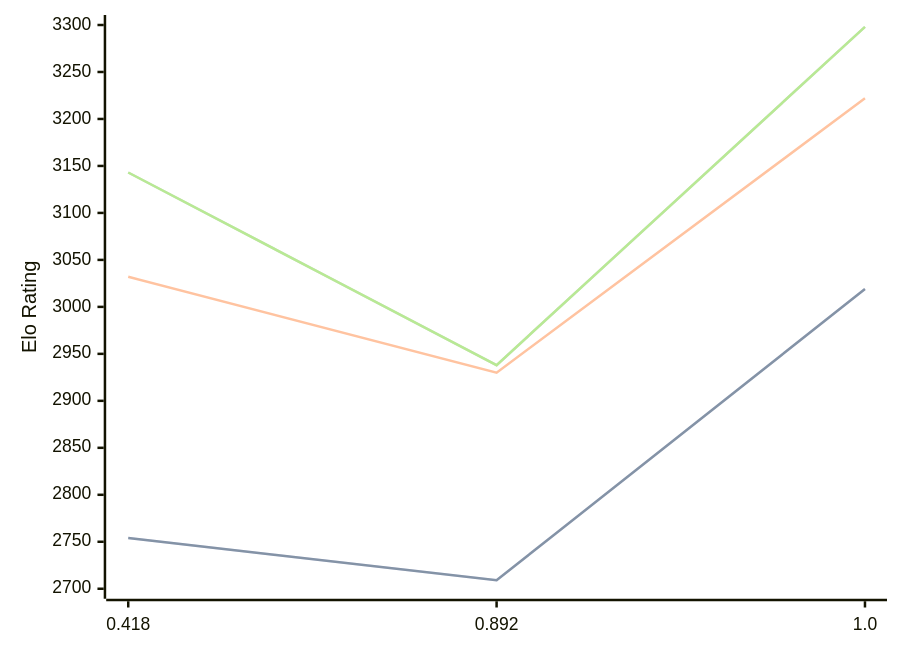
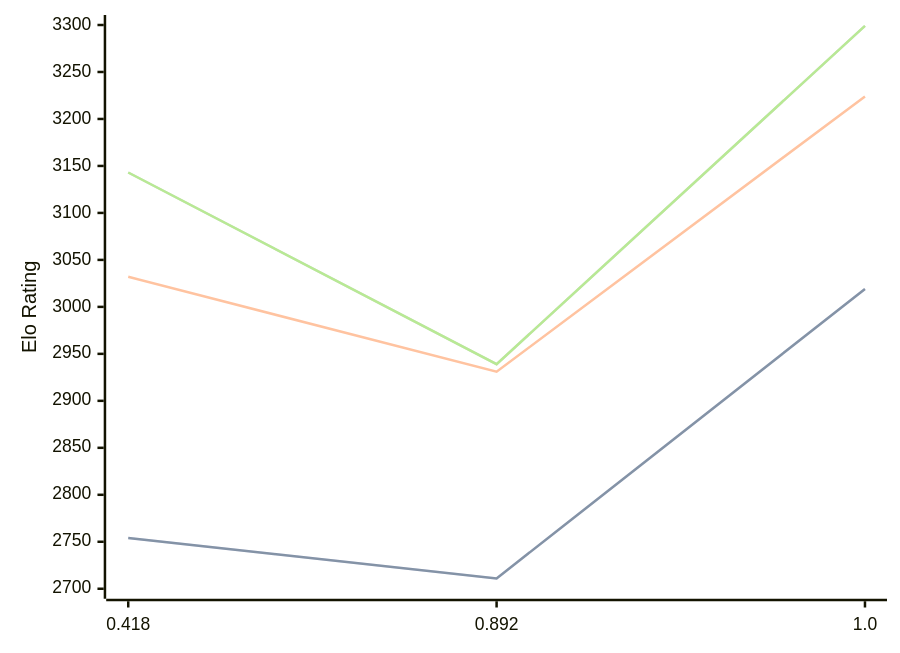
Before and after one commit to computer-chess-index/cci: the diagram in engines/Malika.md, drawn with Mermaid. The commit also changed other lines of this file, not shown here.

Commit message:
Update CCI Ratings (ELO VLTC) - 2026-05-01

````diff
--- a/engines/Malika.md
+++ b/engines/Malika.md
@@ -33,11 +33,11 @@
 ```mermaid
 %%{init: {"theme":"base","themeVariables":{"seriesColors:['#a3a3a3','#222221','#faa371']}}}%%
 xychart-beta
   x-axis ["0.418", "0.892", "1.0"]
   y-axis "Elo Rating" 2700 --> 3300
-  line "STC (8.0+0.08s)" [2754, 2709, 3019]
-  line "STC (8.0+0.08s)" [2754, 2709, 3019]
-  line "LTC (60.0+0.60s)" [3032, 2930, 3222]
-  line "VLTC (2m24s+1.12s)" [3143, 2938, 3298]
-  line "VLTC (2m24s+1.12s)" [3143, 2938, 3298]
+  line "STC (8.0+0.08s)" [2754, 2711, 3019]
+  line "STC (8.0+0.08s)" [2754, 2711, 3019]
+  line "LTC (60.0+0.60s)" [3032, 2931, 3224]
+  line "VLTC (2m24s+1.12s)" [3143, 2939, 3299]
+  line "VLTC (2m24s+1.12s)" [3143, 2939, 3299]
 ```
````
